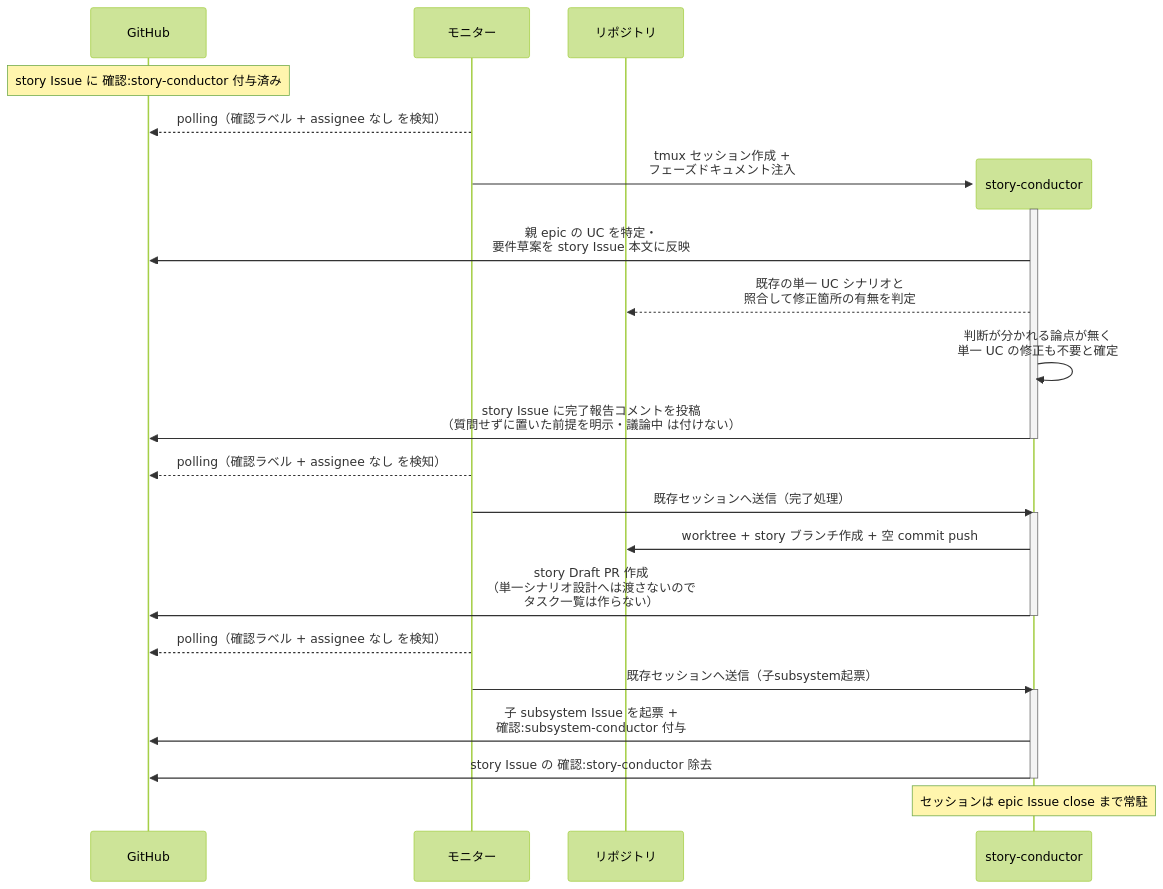
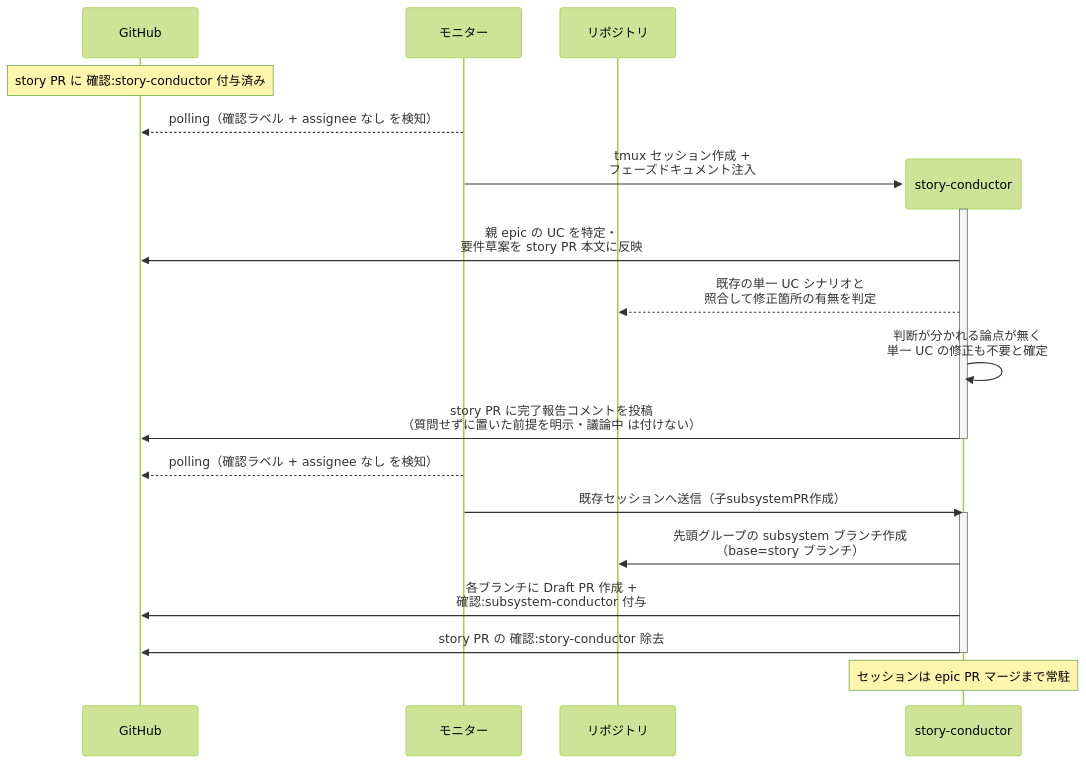
Before and after one commit to shuhei1101/ai-monitor: the second of 3 diagrams in docs/wiki/設計図/シナリオ/単一ユースケース/story要件確定.md, drawn with Mermaid (forest theme). The commit also changed other lines of this file and 256 other files, not shown here.

````diff
--- a/docs/wiki/設計図/シナリオ/単一ユースケース/story要件確定.md
+++ b/docs/wiki/設計図/シナリオ/単一ユースケース/story要件確定.md
@@ -89,32 +92,26 @@
 ```mermaid
 sequenceDiagram
   participant GH as GitHub
   participant ORC as モニター
   participant REPO as リポジトリ
 
-  Note over GH: story Issue に 確認:story-conductor 付与済み
+  Note over GH: story PR に 確認:story-conductor 付与済み
   ORC-->>GH: polling（確認ラベル + assignee なし を検知）
   create participant MON as story-conductor
   ORC->>MON: tmux セッション作成 +<br>フェーズドキュメント注入
   activate MON
-  MON->>GH: 親 epic の UC を特定・<br>要件草案を story Issue 本文に反映
+  MON->>GH: 親 epic の UC を特定・<br>要件草案を story PR 本文に反映
   MON-->>REPO: 既存の単一 UC シナリオと<br>照合して修正箇所の有無を判定
   MON->>MON: 判断が分かれる論点が無く<br>単一 UC の修正も不要と確定
-  MON->>GH: story Issue に完了報告コメントを投稿<br>（質問せずに置いた前提を明示・議論中 は付けない）
+  MON->>GH: story PR に完了報告コメントを投稿<br>（質問せずに置いた前提を明示・議論中 は付けない）
   deactivate MON
 
   ORC-->>GH: polling（確認ラベル + assignee なし を検知）
-  ORC->>MON: 既存セッションへ送信（完了処理）
+  ORC->>MON: 既存セッションへ送信（子subsystemPR作成）
   activate MON
-  MON->>REPO: worktree + story ブランチ作成 + 空 commit push
-  MON->>GH: story Draft PR 作成<br>（単一シナリオ設計へは渡さないので<br>タスク一覧は作らない）
+  MON->>REPO: 先頭グループの subsystem ブランチ作成<br>（base=story ブランチ）
+  MON->>GH: 各ブランチに Draft PR 作成 +<br>確認:subsystem-conductor 付与
+  MON->>GH: story PR の 確認:story-conductor 除去
   deactivate MON
-
-  ORC-->>GH: polling（確認ラベル + assignee なし を検知）
-  ORC->>MON: 既存セッションへ送信（子subsystem起票）
-  activate MON
-  MON->>GH: 子 subsystem Issue を起票 +<br>確認:subsystem-conductor 付与
-  MON->>GH: story Issue の 確認:story-conductor 除去
-  deactivate MON
-  Note over MON: セッションは epic Issue close まで常駐
+  Note over MON: セッションは epic PR マージまで常駐
 ```
````
